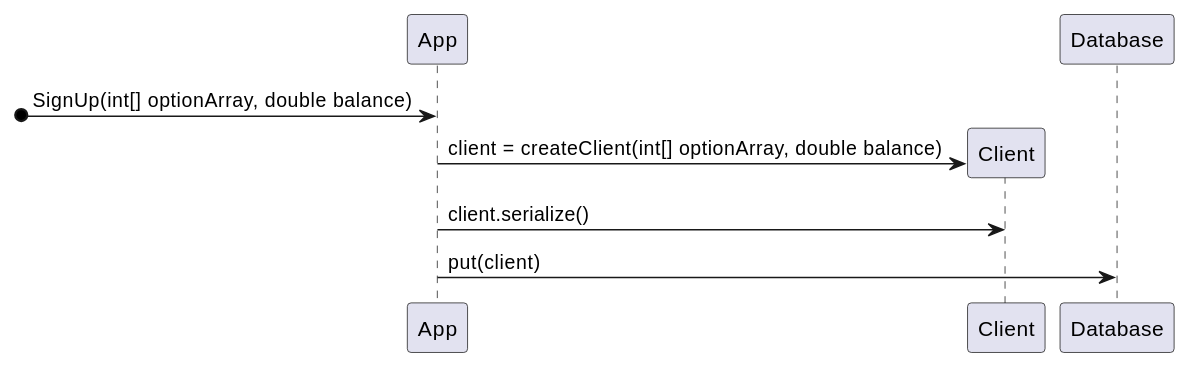
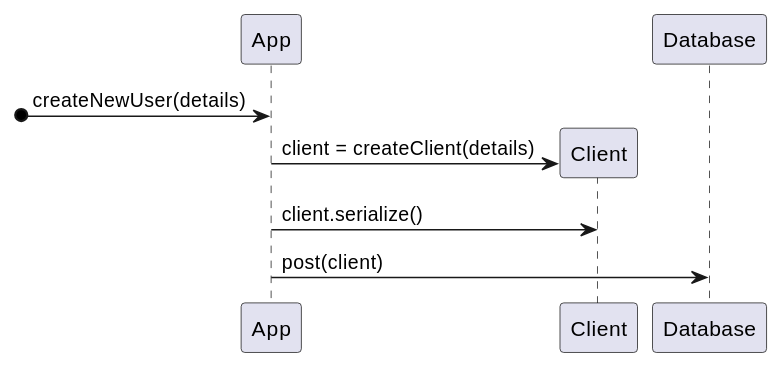
Before and after one commit to TwanSchoonen/Networking2018: the diagram in Diagrams/registerClient.org, drawn with PlantUML. The commit also changed 4 other files, not shown here.

Commit message:
Updates to diagrams

```diff
--- a/Diagrams/registerClient.org
+++ b/Diagrams/registerClient.org
@@ -1,9 +1,9 @@
 #+begin_src plantuml :file registerClient.png
 @startuml
-[o->App : SignUp(int[] optionArray, double balance)
+[o->App : createNewUser(details)
 create "Client"
-App -> Client : client = createClient(int[] optionArray, double balance)
+App -> Client : client = createClient(details)
 App -> Client : client.serialize()
-App -> Database : put(client)
+App -> Database : post(client)
 @enduml
 #+END_SRC
```
